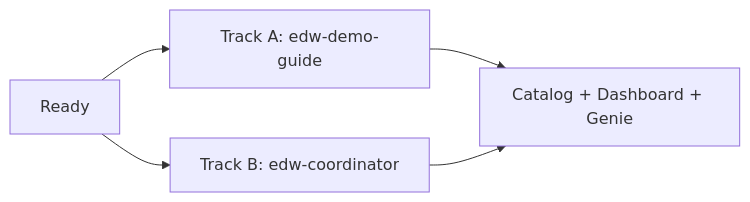
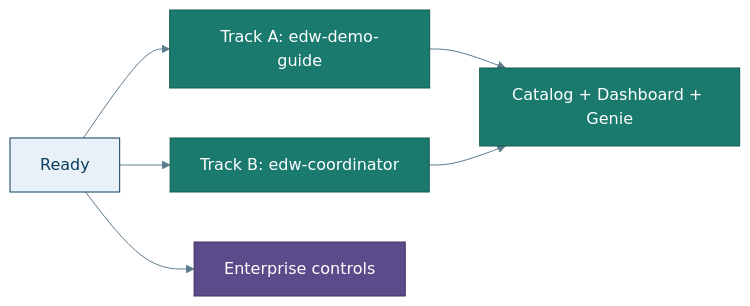
The second of 2 diagrams in docs/getting-started.md (Jericho2010/edwmigration), drawn with Mermaid before and after one commit. The commit also changed other lines of this file and 25 other files, not shown here.

First line of the commit message:
Add enterprise SoD docs, themed diagrams, glossary, and Cursor UI guide.

````diff
--- a/docs/getting-started.md
+++ b/docs/getting-started.md
@@ -97,7 +110,13 @@
 ```mermaid
+%%{init: {"theme":"base","themeVariables":{"primaryColor":"#E8F1F8","primaryTextColor":"#0B3D5C","primaryBorderColor":"#0B3D5C","lineColor":"#5B7A8C","secondaryColor":"#E6F4F1","tertiaryColor":"#F7F3EA","background":"#FFFFFF","mainBkg":"#E8F1F8","clusterBkg":"#F7FAFC","clusterBorder":"#5B7A8C","titleColor":"#0B3D5C","edgeLabelBackground":"#FFFFFF"}}}%%
 flowchart LR
   Start[Ready] --> A[Track A: edw-demo-guide]
   Start --> B[Track B: edw-coordinator]
+  Start --> E[Enterprise controls]
   A --> Out[Catalog + Dashboard + Genie]
   B --> Out
+  classDef agent fill:#1B7A6E,stroke:#145A51,color:#fff
+  classDef ops fill:#5B4B8A,stroke:#3F3460,color:#fff
+  class A,B,Out agent
+  class E ops
 ```
````
